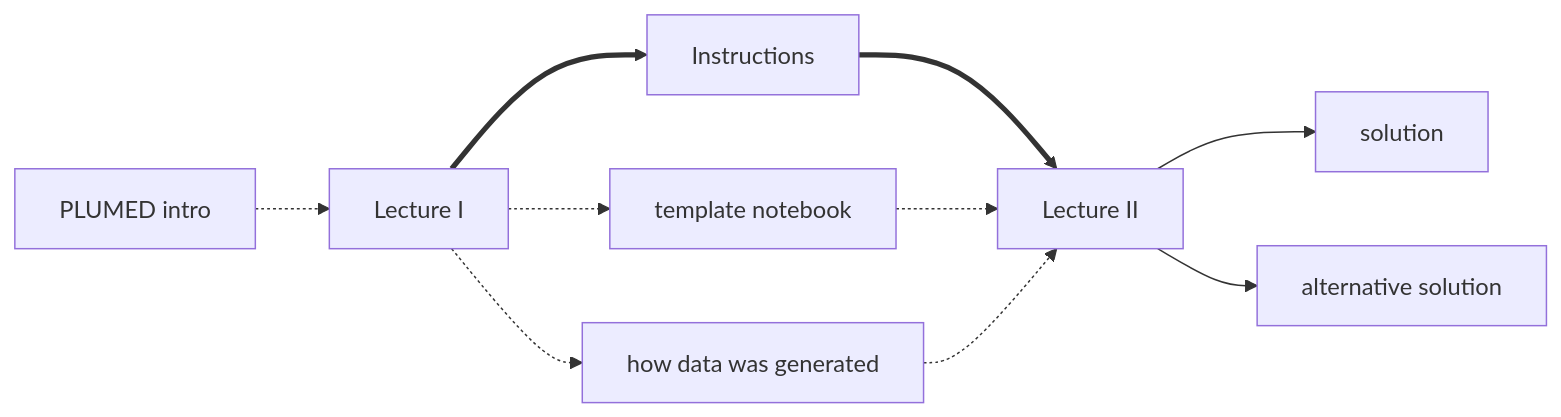
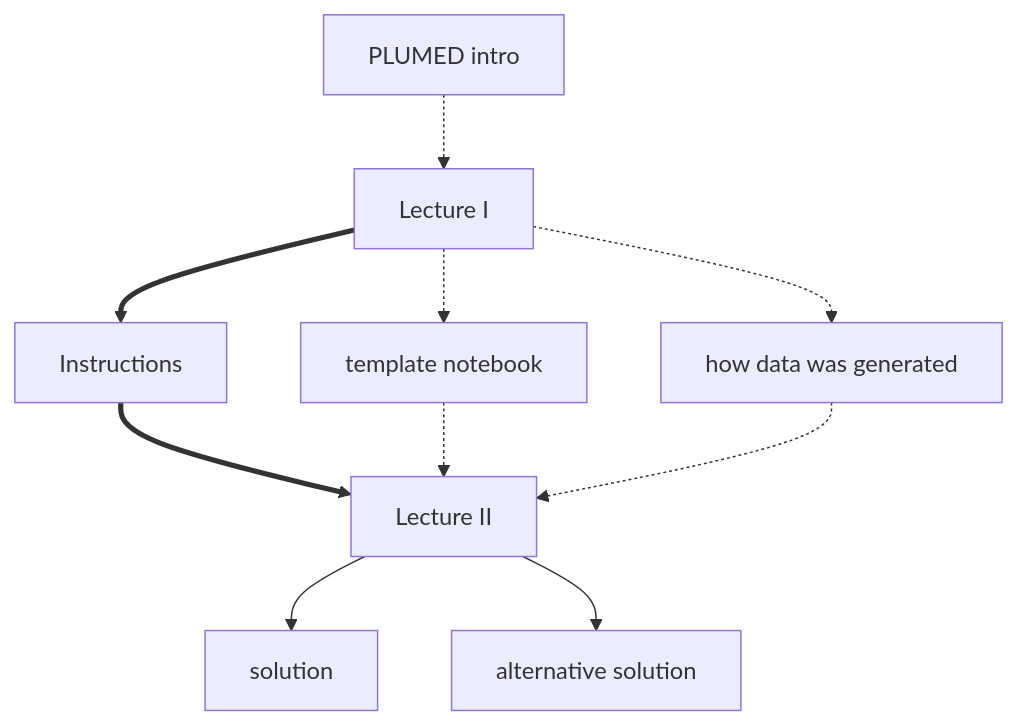
Before and after one commit to plumed/masterclass-21-2: the diagram in NAVIGATION.md, drawn with Mermaid.

````diff
--- a/NAVIGATION.md
+++ b/NAVIGATION.md
@@ -13,20 +13,20 @@
 ```mermaid
-flowchart LR;
+flowchart TB;
   H[PLUMED intro] -.-> A[Lecture I] 
   A ==> B[Instructions];
   A -.-> G[how data was generated];
   A -.-> C[template notebook];
   B ==> D[Lecture II];
   C -.-> D;
   G -.-> D;
   D --> E[solution];
   D --> F[alternative solution];
   click H "ref1" "This elementary lesson shows you how to install PLUMED and some basic and more advanced syntax. You will only need to complete up to exercise 1 of this earlier lesson to complete these exercises on statistical errors.";
   click A "video1" "A lecture that was given on February 1st 2021 as part of the plumed masterclass series that introduces you to the exercises in this lesson";
   click B "INSTRUCTIONS.md" "The instructions for the exercises";
   click G "notebooks/gendata.ipynb" "A python notebook that shows how the data sets in the files uncorrelated_data, correlated_data and weighted data that are all used in the exericses was generated";
   click C "notebooks/template.ipynb" "A python notebook file that explains how you can work on the exercises from a python notebook.  Advice on running PLUMED from a notebook and on plotting the data that is generated is given.";
   click D "video2" "A lecture that was given on February 8th 2021 as part of the plumed masterclass series that goes through the solutions to the exercises in the lesson";
   click E "notebooks/solution.ipynb" "A python notebook file that provides a complete set of solutions to the exercises";
   click F "notebooks/answers_notebook.ipynb" "A second python notebook file that contains solutions to the exercises.  In this notebook a different method has been used to generate the figures showing the final free energy surfaces.";
 ```
````
